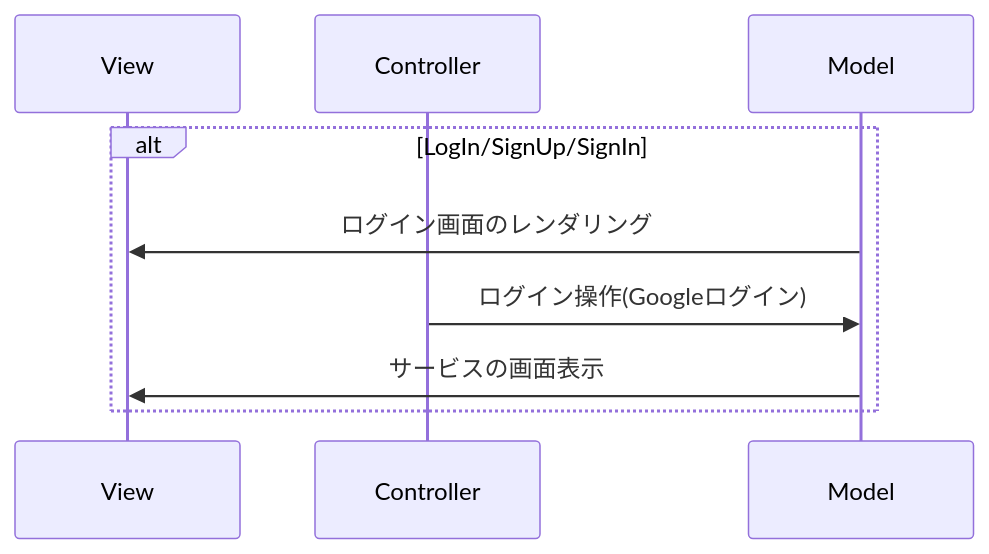
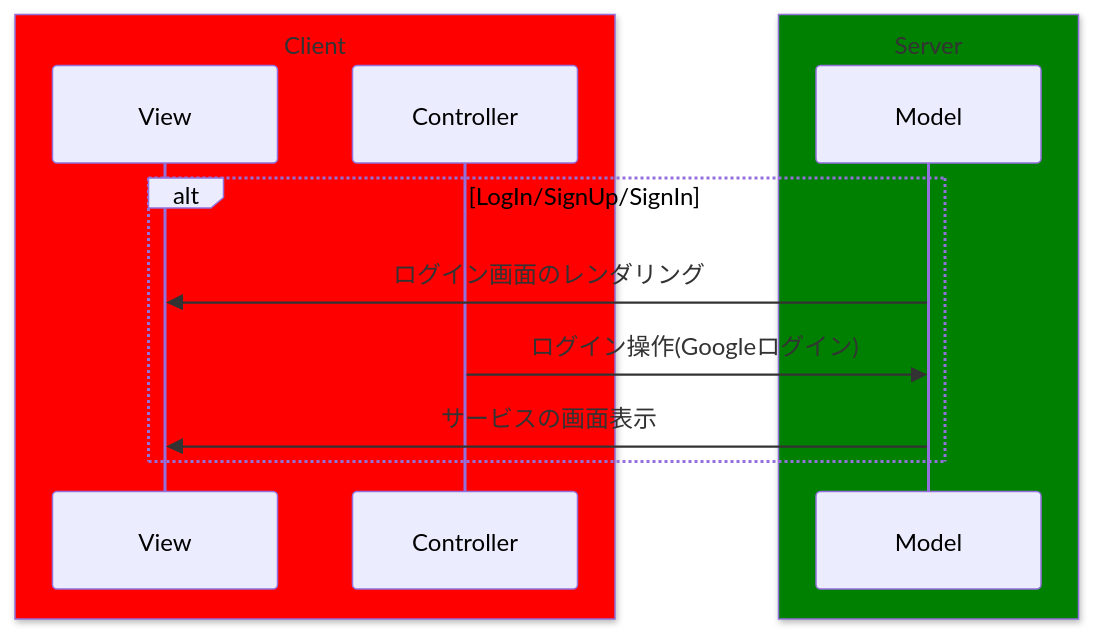
Before and after one commit to Tiamat-KIT/wantlistapp: the diagram in README.md, drawn with Mermaid.

````diff
--- a/README.md
+++ b/README.md
@@ -16,11 +16,15 @@
 ```mermaid
 sequenceDiagram
+ box red Client
  participant View
  participant Controller
+ end
+ box green Server
  participant Model
+ end
  alt LogIn/SignUp/SignIn
  Model->>View:ログイン画面のレンダリング
  Controller->>Model:ログイン操作(Googleログイン)
  Model->>View:サービスの画面表示
-end
+ end
 ```
````
